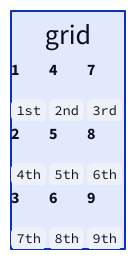
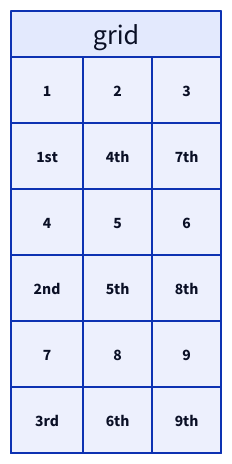
Before and after one commit to ani2fun/note-book: diagram 48 of 50 in src/computer-science/DSA/data-structures/1.arrays/02-multidimensional.md, drawn with D2. The commit also changed other lines of this file, not shown here.

First line of the commit message:
DSA arrays/02-multidimensional: deep narrative pass + diagram tabular sweep

````diff
--- a/src/computer-science/DSA/data-structures/1.arrays/02-multidimensional.md
+++ b/src/computer-science/DSA/data-structures/1.arrays/02-multidimensional.md
@@ -2901,51 +2841,25 @@
 ```d2
 grid: {
+  grid-rows: 6
   grid-columns: 3
   grid-gap: 0
-  a: |md
-    **1**
-
-    `1st`
-  |
-  b: |md
-    **2**
-
-    `4th`
-  |
-  c: |md
-    **3**
-
-    `7th`
-  |
-  d: |md
-    **4**
-
-    `2nd`
-  |
-  e: |md
-    **5**
-
-    `5th`
-  |
-  f: |md
-    **6**
-
-    `8th`
-  |
-  g: |md
-    **7**
-
-    `3rd`
-  |
-  h: |md
-    **8**
-
-    `6th`
-  |
-  i: |md
-    **9**
-
-    `9th`
-  |
+  v00: "1"
+  v01: "2"
+  v02: "3"
+  o00: "1st"
+  o01: "4th"
+  o02: "7th"
+  v10: "4"
+  v11: "5"
+  v12: "6"
+  o10: "2nd"
+  o11: "5th"
+  o12: "8th"
+  v20: "7"
+  v21: "8"
+  v22: "9"
+  o20: "3rd"
+  o21: "6th"
+  o22: "9th"
 }
 ```
````
